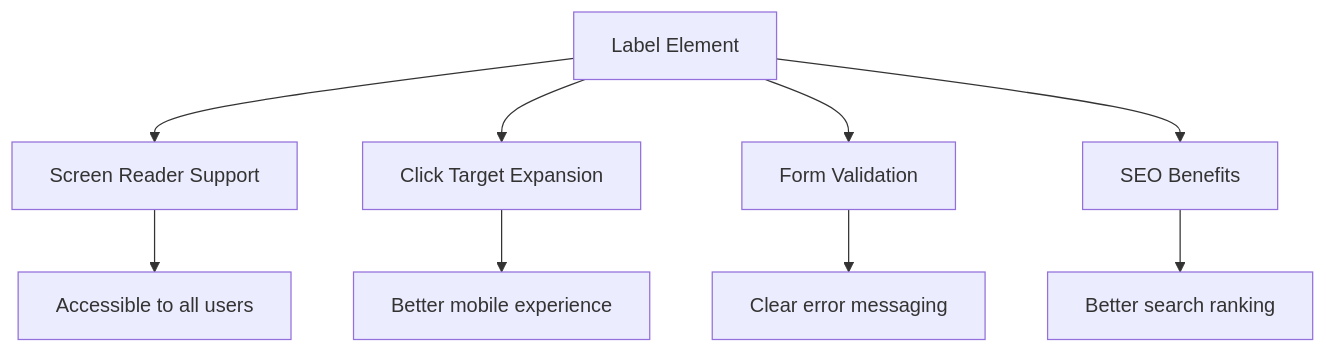
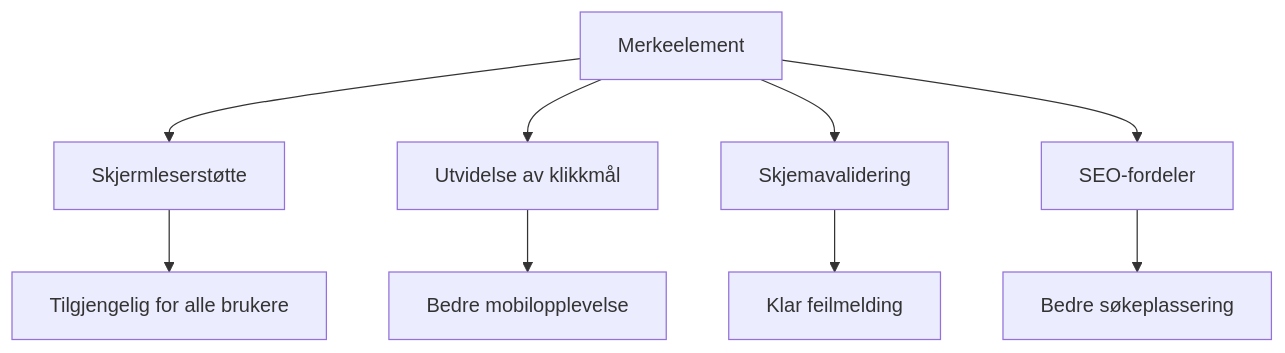
One commit to microsoft/Web-Dev-For-Beginners changed the third of 9 diagrams in translations/no/7-bank-project/2-forms/README.md. Above: the diagram before and after it, drawn with Mermaid. The commit also changed other lines of this file and 99 other files, not shown here.

````diff
--- a/translations/no/7-bank-project/2-forms/README.md
+++ b/translations/no/7-bank-project/2-forms/README.md
@@ -141,12 +186,12 @@
 ```mermaid
 graph TD
-    A[Label Element] --> B[Screen Reader Support]
-    A --> C[Click Target Expansion]
-    A --> D[Form Validation]
-    A --> E[SEO Benefits]
+    A[Merkeelement] --> B[Skjermleserstøtte]
+    A --> C[Utvidelse av klikkmål]
+    A --> D[Skjemavalidering]
+    A --> E[SEO-fordeler]
     
-    B --> F[Accessible to all users]
-    C --> G[Better mobile experience]
-    D --> H[Clear error messaging]
-    E --> I[Better search ranking]
+    B --> F[Tilgjengelig for alle brukere]
+    C --> G[Bedre mobilopplevelse]
+    D --> H[Klar feilmelding]
+    E --> I[Bedre søkeplassering]
 ```
````
